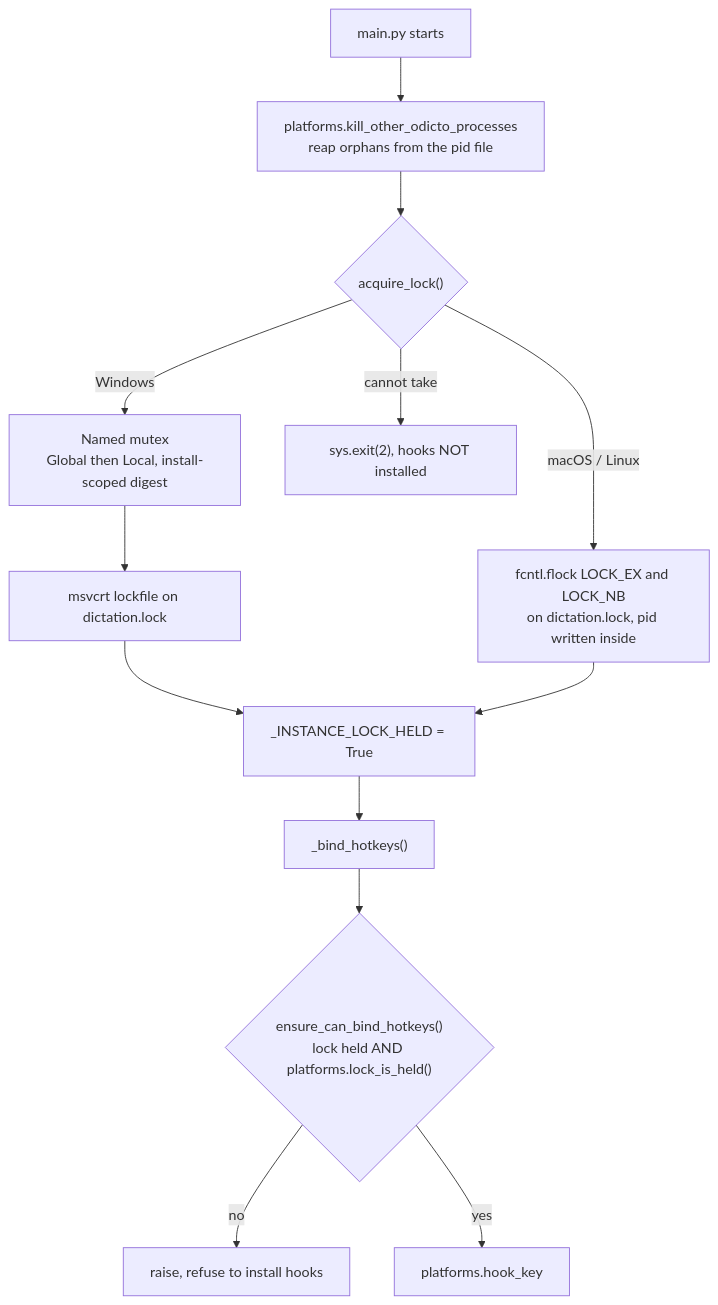
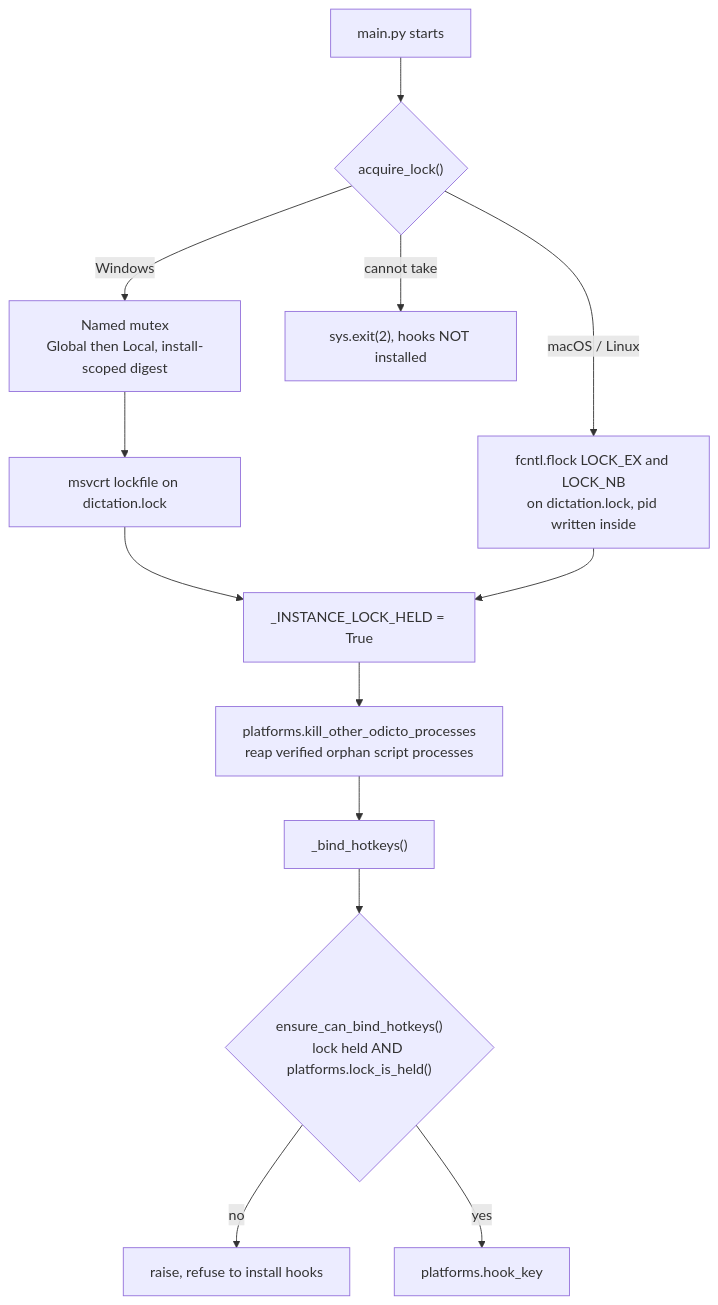
Before and after one commit to Gargeya-Grey/Odicto: the sixth of 7 diagrams in docs/architecture.md, drawn with Mermaid. The commit also changed other lines of this file and 27 other files, not shown here.

````diff
--- a/docs/architecture.md
+++ b/docs/architecture.md
@@ -296,15 +376,15 @@
 ```mermaid
 graph TD
-    Start["main.py starts"] --> Kill["platforms.kill_other_odicto_processes<br/>reap orphans from the pid file"]
-    Kill --> Lock{"acquire_lock()"}
+    Start["main.py starts"] --> Lock{"acquire_lock()"}
     Lock -->|Windows| Mutex["Named mutex<br/>Global then Local, install-scoped digest"]
     Mutex --> LockFile["msvcrt lockfile on dictation.lock"]
     Lock -->|macOS / Linux| Flock["fcntl.flock LOCK_EX and LOCK_NB<br/>on dictation.lock, pid written inside"]
     LockFile --> Held["_INSTANCE_LOCK_HELD = True"]
     Flock --> Held
     Lock -->|cannot take| Exit["sys.exit(2), hooks NOT installed"]
-    Held --> Bind["_bind_hotkeys()"]
+    Held --> Kill["platforms.kill_other_odicto_processes<br/>reap verified orphan script processes"]
+    Kill --> Bind["_bind_hotkeys()"]
     Bind --> Gate{"ensure_can_bind_hotkeys()<br/>lock held AND platforms.lock_is_held()"}
     Gate -->|no| NoHooks["raise, refuse to install hooks"]
     Gate -->|yes| Hooks["platforms.hook_key"]
 ```
````
